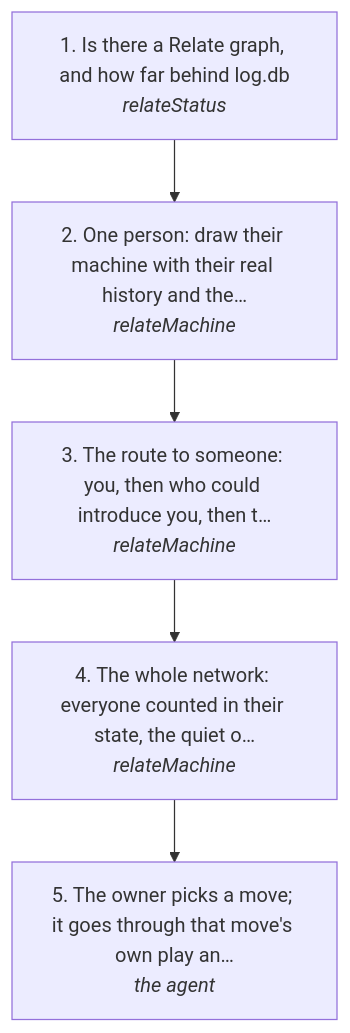
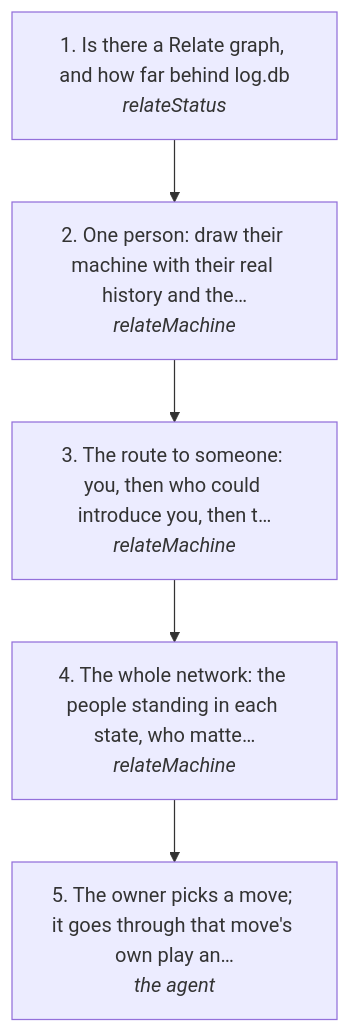
Before and after one commit to aggelos-pappas/log: the diagram in docs/useCases/network/relationshipMachine.md, drawn with Mermaid. The commit also changed other lines of this file and 39 other files, not shown here.

````diff
--- a/docs/useCases/network/relationshipMachine.md
+++ b/docs/useCases/network/relationshipMachine.md
@@ -14,12 +14,12 @@
 ```mermaid
 flowchart TD
   s0["1. Is there a Relate graph, and how far behind log.db<br/><i>relateStatus</i>"]
   s1["2. One person: draw their machine with their real history and the…<br/><i>relateMachine</i>"]
   s2["3. The route to someone: you, then who could introduce you, then t…<br/><i>relateMachine</i>"]
-  s3["4. The whole network: everyone counted in their state, the quiet o…<br/><i>relateMachine</i>"]
+  s3["4. The whole network: the people standing in each state, who matte…<br/><i>relateMachine</i>"]
   s4["5. The owner picks a move; it goes through that move's own play an…<br/><i>the agent</i>"]
   s0 --> s1
   s1 --> s2
   s2 --> s3
   s3 --> s4
 ```
````
